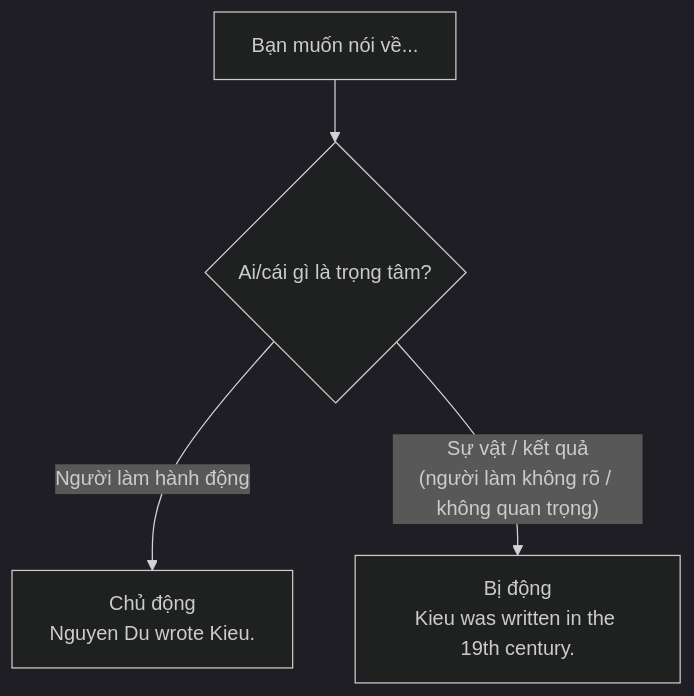
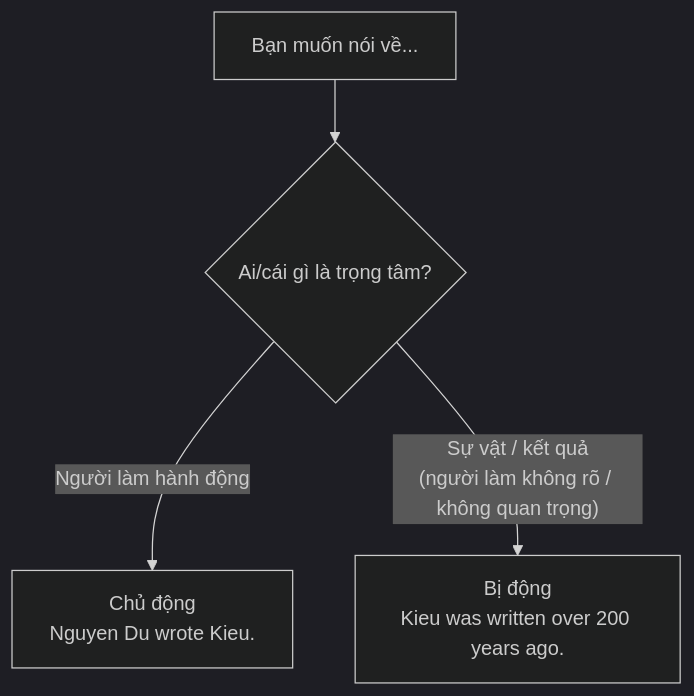
Before and after one commit to Huy-8bit/english-zero-to-b2: the second of 2 diagrams in 04-B1-INTERMEDIATE/grammar/B1-G012-passive-all-tenses.md, drawn with Mermaid (dark theme). The commit also changed other lines of this file and 215 other files, not shown here.

````diff
--- a/04-B1-INTERMEDIATE/grammar/B1-G012-passive-all-tenses.md
+++ b/04-B1-INTERMEDIATE/grammar/B1-G012-passive-all-tenses.md
@@ -164,6 +164,6 @@
 ```mermaid
 flowchart TD
     A["Bạn muốn nói về..."] --> B{"Ai/cái gì là trọng tâm?"}
     B -->|"Người làm hành động"| ACT["Chủ động<br/>Nguyen Du wrote Kieu."]
-    B -->|"Sự vật / kết quả<br/>(người làm không rõ / không quan trọng)"| PAS["Bị động<br/>Kieu was written in the 19th century."]
+    B -->|"Sự vật / kết quả<br/>(người làm không rõ / không quan trọng)"| PAS["Bị động<br/>Kieu was written over 200 years ago."]
 ```
````
